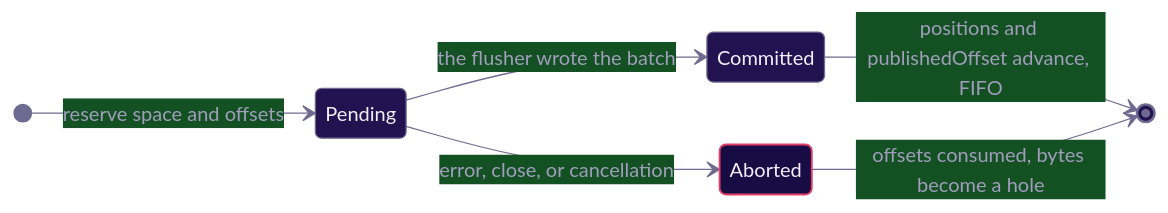
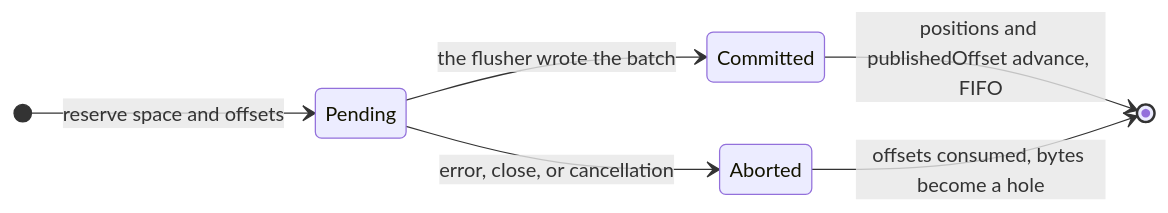
One commit to dmunish/mikyu changed the ninth of 15 diagrams in ARCHITECTURE.md. Above: the diagram before and after it, drawn with Mermaid. The commit also changed other lines of this file, not shown here.

Commit message:
[docs] ARCHITECTURE: remove theming

````diff
--- a/ARCHITECTURE.md
+++ b/ARCHITECTURE.md
@@ -536,27 +419,14 @@
 ```mermaid
 ---
 config:
-  theme: base
   themeVariables:
-    background: "#170d44"
     fontFamily: "IBM Plex Mono, monospace"
-    primaryColor: "#221350"
-    primaryBorderColor: "#6f6a8f"
-    primaryTextColor: "#f2eefb"
-    lineColor: "#6f6a8f"
-    textColor: "#a29dbd"
-    noteBkgColor: "#241145"
-    noteBorderColor: "#a12789"
-    noteTextColor: "#c9c4dd"
 ---
 stateDiagram-v2
     direction LR
     [*] --> Pending: reserve space and offsets
     Pending --> Committed: the flusher wrote the batch
     Pending --> Aborted: error, close, or cancellation
     Committed --> [*]: positions and publishedOffset advance, FIFO
     Aborted --> [*]: offsets consumed, bytes become a hole
-
-    classDef bad fill:#170d44,stroke:#e33f6a,color:#f2eefb,stroke-width:1.5px
-    class Aborted bad
 ```
````
